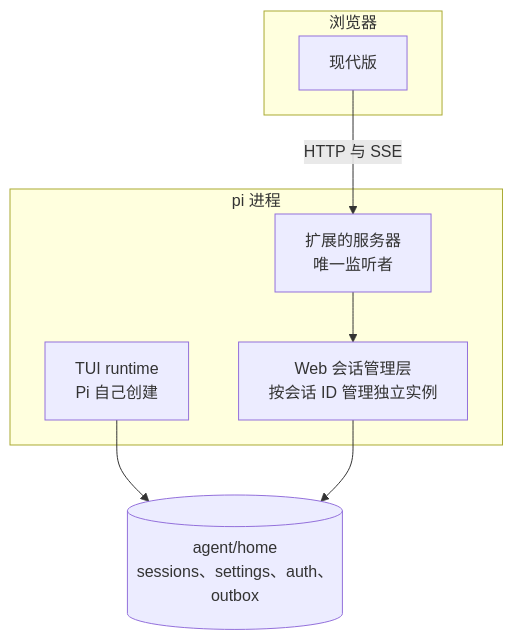
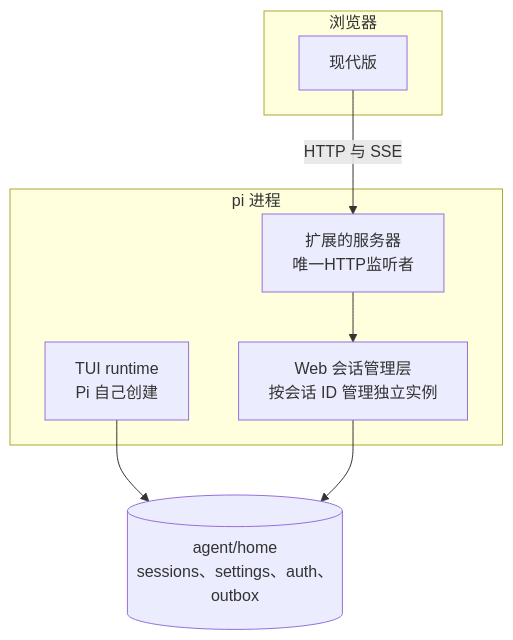
Before and after one commit to SCAU-Computer-Serving-Team/cst-pilot: the diagram in doc/web/research/tech-decisions.md, drawn with Mermaid. The commit also changed other lines of this file and 54 other files, not shown here.

````diff
--- a/doc/web/research/tech-decisions.md
+++ b/doc/web/research/tech-decisions.md
@@ -11,16 +11,16 @@
 ```mermaid
 flowchart TB
     subgraph 浏览器
         N[现代版]
     end
     subgraph 进程[pi 进程]
-        S[扩展的服务器<br/>唯一监听者]
+        S[扩展的服务器<br/>唯一HTTP监听者]
         T[TUI runtime<br/>Pi 自己创建]
         W[Web 会话管理层<br/>按会话 ID 管理独立实例]
         S --> W
     end
     H[(agent/home<br/>sessions、settings、auth、outbox)]
     N -->|HTTP 与 SSE| S
     T --> H
     W --> H
 ```
````
